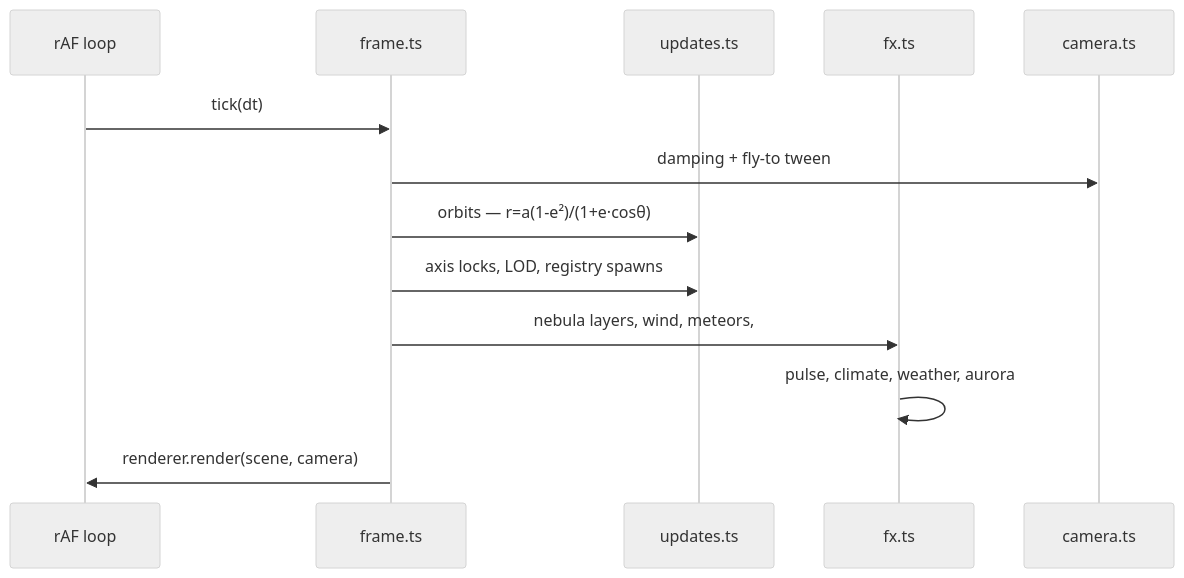
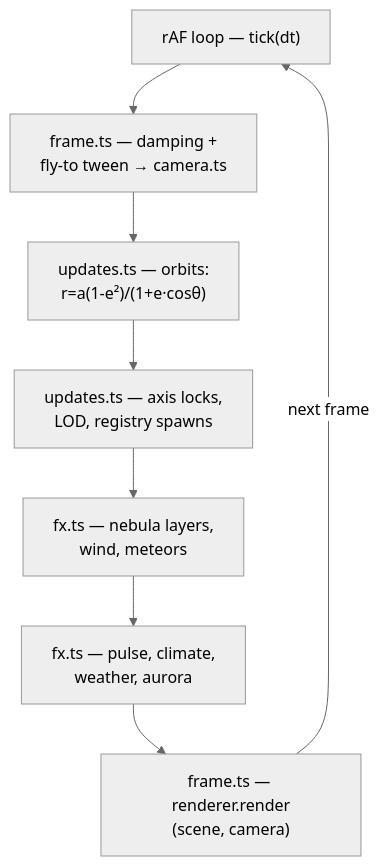
Before and after one commit to LuisKrotz/luiskr.com-V3-shared: the second of 2 diagrams in docs/animations/README.md, drawn with Mermaid (neutral theme). The commit also changed 24 other files, not shown here.

First line of the commit message:
feat: live-translated locale pages at public paths + vertical mermaid

````diff
--- a/docs/animations/README.md
+++ b/docs/animations/README.md
@@ -61,16 +61,10 @@
 ```mermaid
-sequenceDiagram
-    participant R as rAF loop
-    participant F as frame.ts
-    participant U as updates.ts
-    participant X as fx.ts
-    participant C as camera.ts
-
-    R->>F: tick(dt)
-    F->>C: damping + fly-to tween
-    F->>U: orbits — r=a(1-e²)/(1+e·cosθ)
-    F->>U: axis locks, LOD, registry spawns
-    F->>X: nebula layers, wind, meteors,
-    X->>X: pulse, climate, weather, aurora
-    F->>R: renderer.render(scene, camera)
+flowchart TB
+    S1["rAF loop — tick(dt)"] --> S2["frame.ts — damping +<br/>fly-to tween → camera.ts"]
+    S2 --> S3["updates.ts — orbits:<br/>r=a(1-e²)/(1+e·cosθ)"]
+    S3 --> S4["updates.ts — axis locks,<br/>LOD, registry spawns"]
+    S4 --> S5["fx.ts — nebula layers,<br/>wind, meteors"]
+    S5 --> S6["fx.ts — pulse, climate,<br/>weather, aurora"]
+    S6 --> S7["frame.ts — renderer.render<br/>(scene, camera)"]
+    S7 -->|"next frame"| S1
 ```
````
